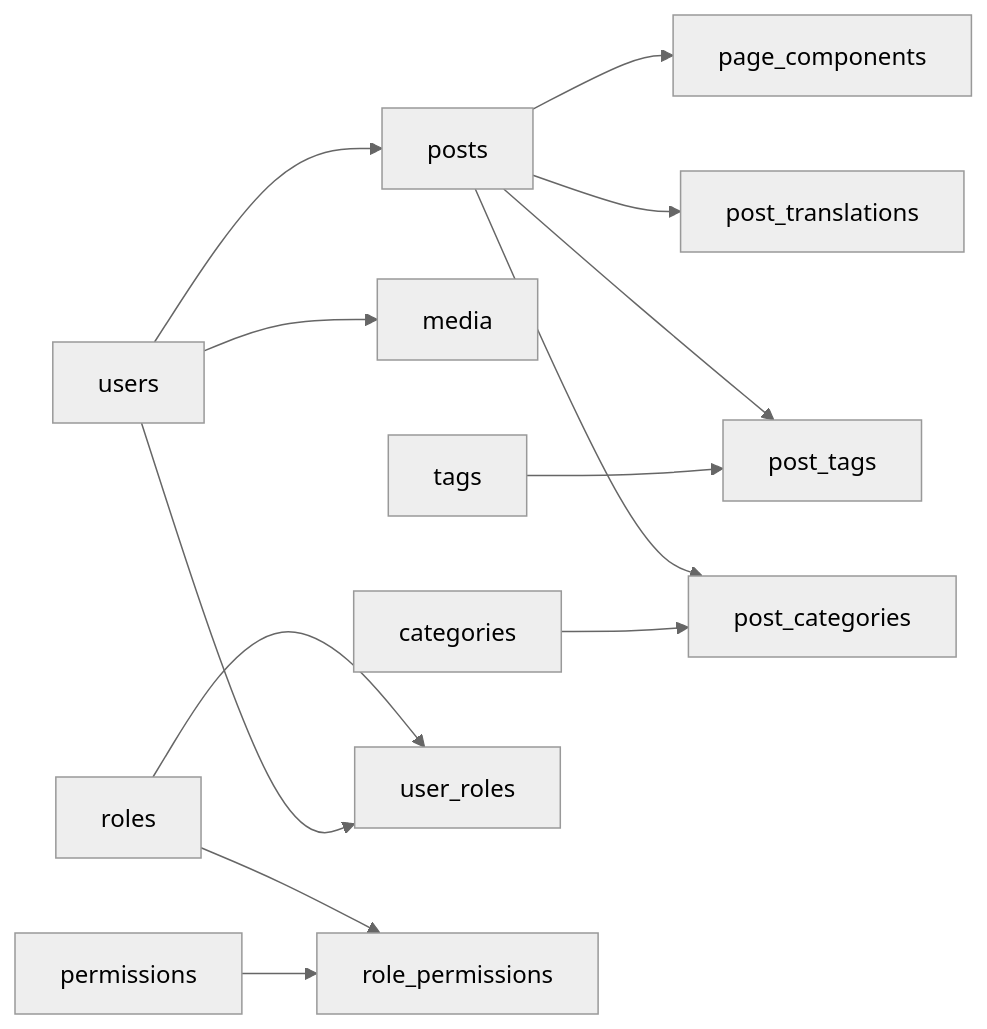
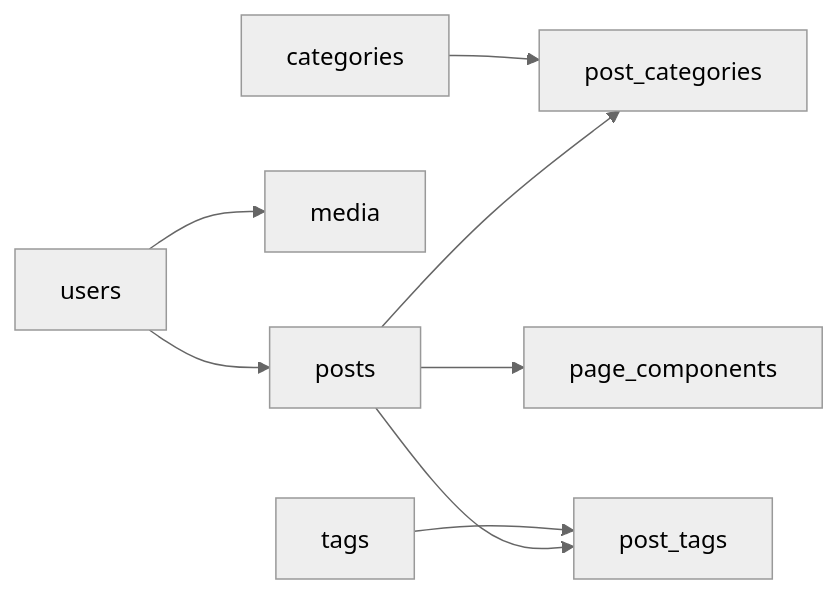
The fifth of 6 diagrams in .qoder/repowiki/zh/content/数据库设计.md (wyg5208/website_diy), drawn with Mermaid (neutral theme) before and after one commit. The commit also changed other lines of this file and 43 other files, not shown here.

````diff
--- a/.qoder/repowiki/zh/content/数据库设计.md
+++ b/.qoder/repowiki/zh/content/数据库设计.md
@@ -307,15 +311,10 @@
 ```mermaid
 graph LR
 users["users"] --> posts["posts"]
 users --> media["media"]
 posts --> post_categories["post_categories"]
 posts --> post_tags["post_tags"]
-posts --> post_translations["post_translations"]
 posts --> page_components["page_components"]
 categories["categories"] --> post_categories
 tags["tags"] --> post_tags
-roles["roles"] --> user_roles["user_roles"]
-roles --> role_permissions["role_permissions"]
-permissions["permissions"] --> role_permissions
-users --> user_roles
 ```
````
